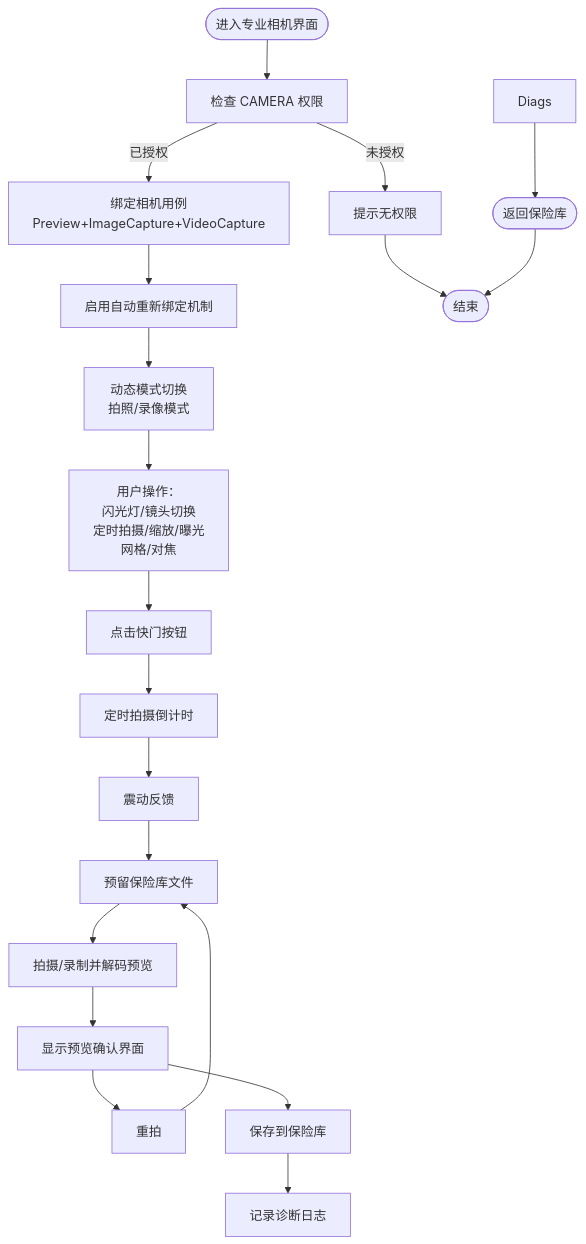
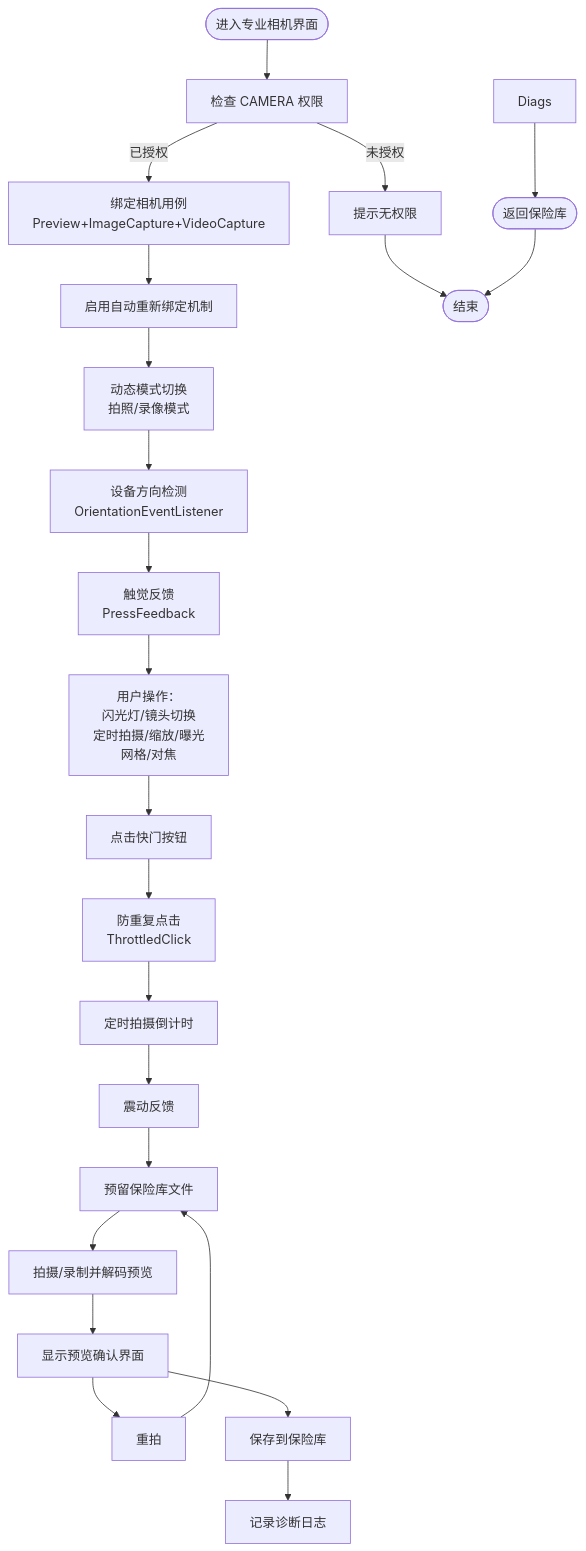
The sixth of 19 diagrams in .qoder/repowiki/zh/content/项目概述/核心功能特性/私密拍照功能.md (wanhongbo/ai-photo-vault), drawn with Mermaid before and after one commit. The commit also changed other lines of this file and 6 other files, not shown here.

````diff
--- a/.qoder/repowiki/zh/content/项目概述/核心功能特性/私密拍照功能.md
+++ b/.qoder/repowiki/zh/content/项目概述/核心功能特性/私密拍照功能.md
@@ -210,22 +333,25 @@
 ```mermaid
 flowchart TD
 Start(["进入专业相机界面"]) --> CheckPerm["检查 CAMERA 权限"]
 CheckPerm --> |未授权| ShowMsg["提示无权限"]
 CheckPerm --> |已授权| BindCam["绑定相机用例<br/>Preview+ImageCapture+VideoCapture"]
 BindCam --> AutoRebind["启用自动重新绑定机制"]
 AutoRebind --> ModeSwitch["动态模式切换<br/>拍照/录像模式"]
-ModeSwitch --> UI["用户操作：<br/>闪光灯/镜头切换<br/>定时拍摄/缩放/曝光<br/>网格/对焦"]
+ModeSwitch --> OrientationDetect["设备方向检测<br/>OrientationEventListener"]
+OrientationDetect --> UIFeedback["触觉反馈<br/>PressFeedback"]
+UIFeedback --> UI["用户操作：<br/>闪光灯/镜头切换<br/>定时拍摄/缩放/曝光<br/>网格/对焦"]
 UI --> Capture["点击快门按钮"]
-Capture --> Timer["定时拍摄倒计时"]
+Capture --> ThrottledClick["防重复点击<br/>ThrottledClick"]
+ThrottledClick --> Timer["定时拍摄倒计时"]
 Timer --> Shake["震动反馈"]
 Shake --> Reserve["预留保险库文件"]
 Reserve --> Save["拍摄/录制并解码预览"]
 Save --> Confirm["显示预览确认界面"]
 Confirm --> Retake["重拍"]
 Confirm --> SaveVault["保存到保险库"]
 SaveVault --> Diagnostics["记录诊断日志"]
 Diags --> Done(["返回保险库"])
 ShowMsg --> End(["结束"])
 Retake --> Reserve
 Done --> End
 ```
````
